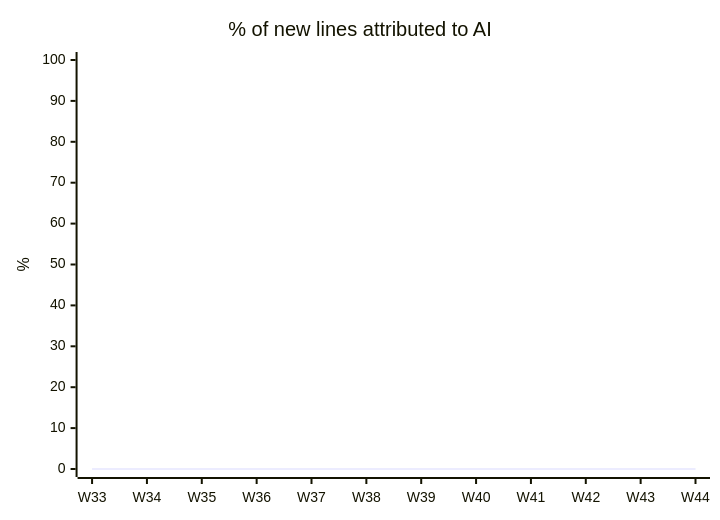
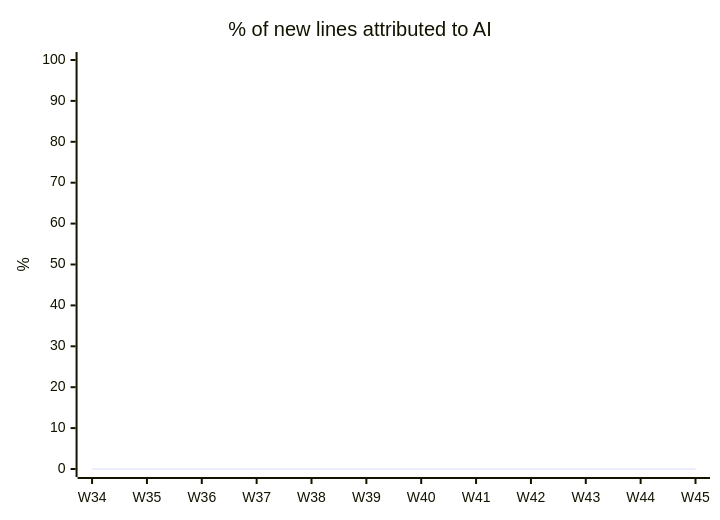
Before and after one commit to fromwaydowntown/ai-use: the diagram in docs/AI_USAGE.md, drawn with Mermaid. The commit also changed other lines of this file, not shown here.

````diff
--- a/docs/AI_USAGE.md
+++ b/docs/AI_USAGE.md
@@ -17,7 +17,7 @@
 ```mermaid
 xychart-beta
     title "% of new lines attributed to AI"
-    x-axis ["W33", "W34", "W35", "W36", "W37", "W38", "W39", "W40", "W41", "W42", "W43", "W44"]
+    x-axis ["W34", "W35", "W36", "W37", "W38", "W39", "W40", "W41", "W42", "W43", "W44", "W45"]
     y-axis "%" 0 --> 100
     line [0, 0, 0, 0, 0, 0, 0, 0, 0, 0, 0, 0]
 ```
````
